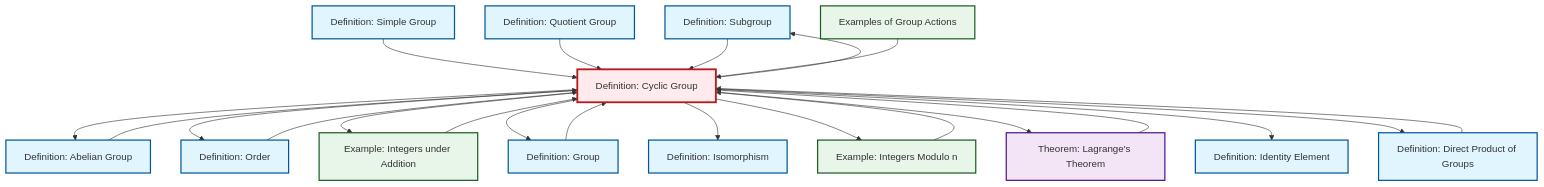
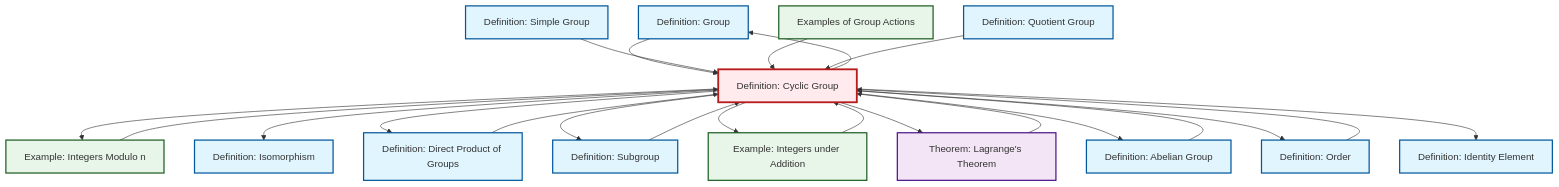
The diagram in output/mermaid/en/def-cyclic-group.mermaid (RK0429/ModernMath), drawn with Mermaid before and after one commit. The commit also changed other lines of this file and 3220 other files, not shown here.

```diff
--- a/output/mermaid/en/def-cyclic-group.mermaid
+++ b/output/mermaid/en/def-cyclic-group.mermaid
@@ -1,42 +1,42 @@
 graph TD
     classDef definition fill:#e1f5fe,stroke:#01579b,stroke-width:2px
     classDef theorem fill:#f3e5f5,stroke:#4a148c,stroke-width:2px
     classDef axiom fill:#fff3e0,stroke:#e65100,stroke-width:2px
     classDef example fill:#e8f5e9,stroke:#1b5e20,stroke-width:2px
     classDef current fill:#ffebee,stroke:#b71c1c,stroke-width:3px
+    def-group["Definition: Group"]:::definition
+    def-abelian-group["Definition: Abelian Group"]:::definition
+    def-direct-product["Definition: Direct Product of Groups"]:::definition
+    def-identity-element["Definition: Identity Element"]:::definition
     def-subgroup["Definition: Subgroup"]:::definition
-    ex-group-action-examples["Examples of Group Actions"]:::example
-    thm-lagrange["Theorem: Lagrange's Theorem"]:::theorem
-    def-simple-group["Definition: Simple Group"]:::definition
-    def-direct-product["Definition: Direct Product of Groups"]:::definition
-    def-abelian-group["Definition: Abelian Group"]:::definition
-    def-order["Definition: Order"]:::definition
     ex-integers-addition["Example: Integers under Addition"]:::example
     ex-quotient-integers-mod-n["Example: Integers Modulo n"]:::example
-    def-identity-element["Definition: Identity Element"]:::definition
+    def-isomorphism["Definition: Isomorphism"]:::definition
+    ex-group-action-examples["Examples of Group Actions"]:::example
+    def-quotient-group["Definition: Quotient Group"]:::definition
+    def-simple-group["Definition: Simple Group"]:::definition
+    thm-lagrange["Theorem: Lagrange's Theorem"]:::theorem
+    def-order["Definition: Order"]:::definition
     def-cyclic-group["Definition: Cyclic Group"]:::definition
-    def-isomorphism["Definition: Isomorphism"]:::definition
-    def-quotient-group["Definition: Quotient Group"]:::definition
-    def-group["Definition: Group"]:::definition
-    def-cyclic-group --> def-abelian-group
+    def-subgroup --> def-cyclic-group
+    def-order --> def-cyclic-group
+    ex-integers-addition --> def-cyclic-group
+    def-group --> def-cyclic-group
+    ex-quotient-integers-mod-n --> def-cyclic-group
     def-simple-group --> def-cyclic-group
-    ex-quotient-integers-mod-n --> def-cyclic-group
-    def-quotient-group --> def-cyclic-group
-    def-cyclic-group --> def-order
+    def-cyclic-group --> ex-quotient-integers-mod-n
+    def-cyclic-group --> def-isomorphism
+    ex-group-action-examples --> def-cyclic-group
+    def-cyclic-group --> def-direct-product
+    def-cyclic-group --> def-subgroup
     def-cyclic-group --> ex-integers-addition
     thm-lagrange --> def-cyclic-group
+    def-cyclic-group --> thm-lagrange
+    def-quotient-group --> def-cyclic-group
+    def-cyclic-group --> def-abelian-group
     def-cyclic-group --> def-group
     def-abelian-group --> def-cyclic-group
-    def-subgroup --> def-cyclic-group
-    def-cyclic-group --> def-isomorphism
-    def-cyclic-group --> ex-quotient-integers-mod-n
-    def-cyclic-group --> def-subgroup
-    ex-integers-addition --> def-cyclic-group
-    def-order --> def-cyclic-group
-    def-cyclic-group --> thm-lagrange
+    def-cyclic-group --> def-order
     def-direct-product --> def-cyclic-group
     def-cyclic-group --> def-identity-element
-    ex-group-action-examples --> def-cyclic-group
-    def-cyclic-group --> def-direct-product
-    def-group --> def-cyclic-group
     class def-cyclic-group current
```
